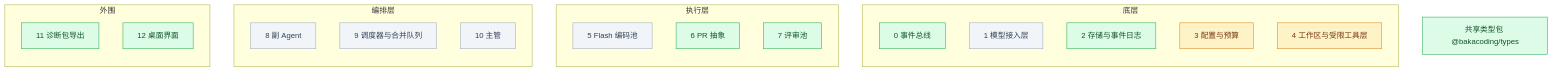
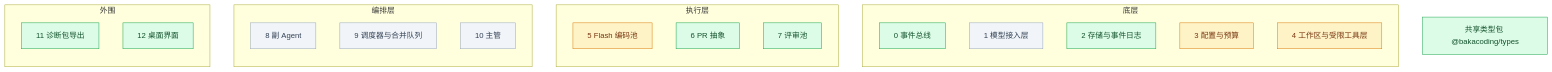
One commit to Akarin7784/BakaCoding changed the diagram in docs/progress.md. Above: the diagram before and after it, drawn with Mermaid. The commit also changed other lines of this file and 14 other files, not shown here.

````diff
--- a/docs/progress.md
+++ b/docs/progress.md
@@ -11,33 +11,33 @@
 ```mermaid
 flowchart BT
   subgraph 底层
     M0[0 事件总线]
     M1[1 模型接入层]
     M2[2 存储与事件日志]
     M3[3 配置与预算]
     M4[4 工作区与受限工具层]
   end
   subgraph 执行层
     M5[5 Flash 编码池]
     M6[6 PR 抽象]
     M7[7 评审池]
   end
   subgraph 编排层
     M8[8 副 Agent]
     M9[9 调度器与合并队列]
     M10[10 主管]
   end
   subgraph 外围
     M11[11 诊断包导出]
     M12[12 桌面界面]
   end
   T[共享类型包 @bakacoding/types]
 
   classDef todo fill:#f1f5f9,stroke:#94a3b8,color:#334155
   classDef doing fill:#fef3c7,stroke:#d97706,color:#78350f
   classDef done fill:#dcfce7,stroke:#16a34a,color:#14532d
 
   class M0,M2,M6,M7,M11,M12,T done
-  class M3,M4 doing
-  class M1,M5,M8,M9,M10 todo
+  class M3,M4,M5 doing
+  class M1,M8,M9,M10 todo
 ```
````
